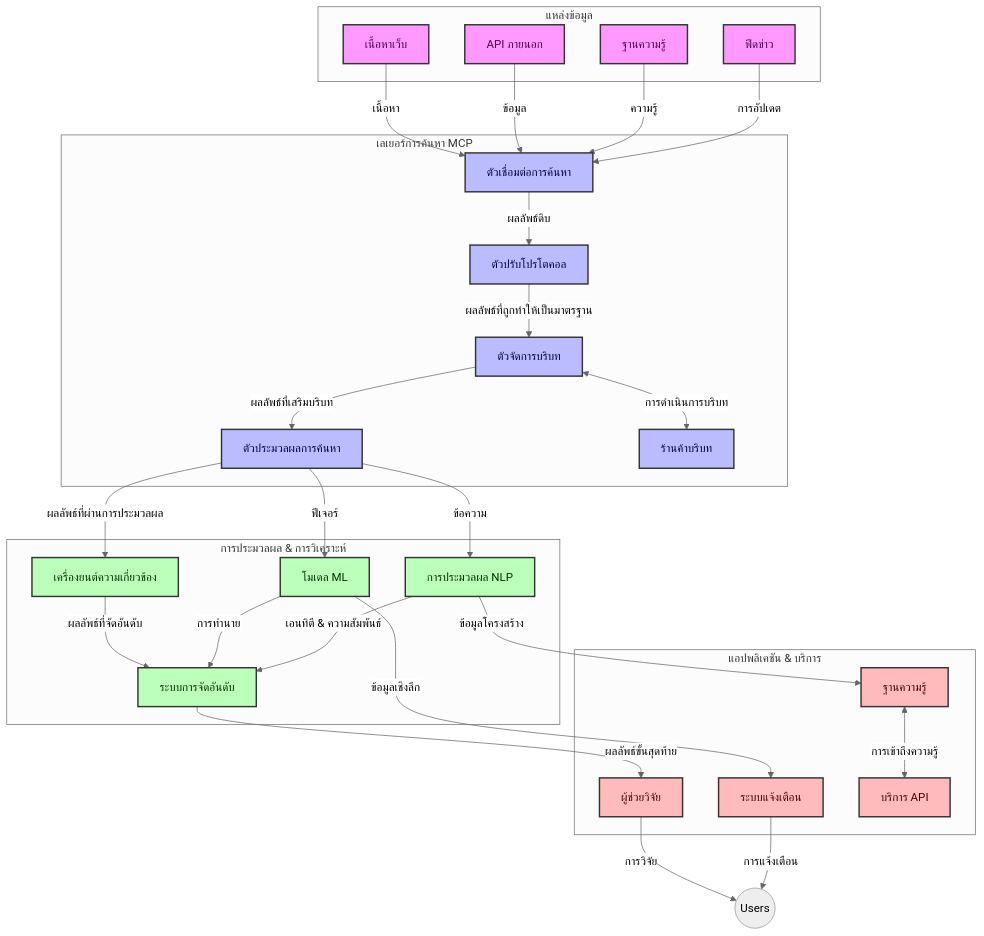
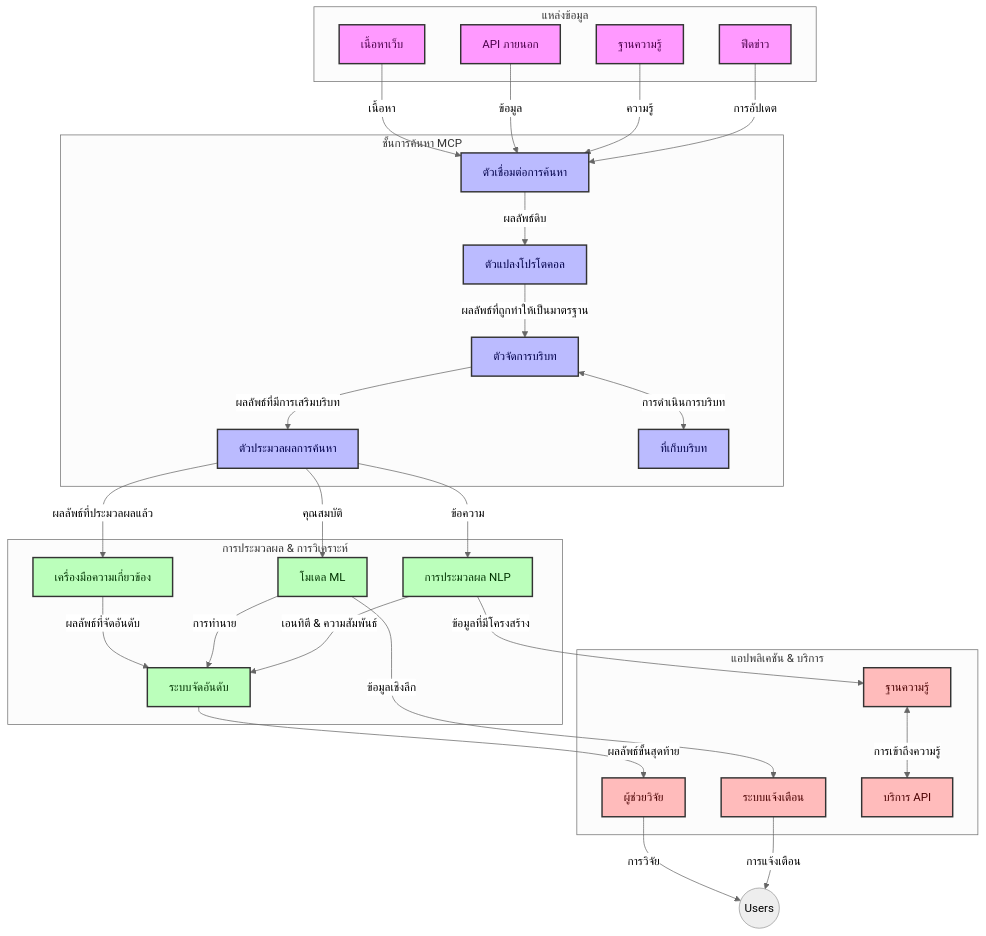
Before and after one commit to microsoft/mcp-for-beginners: the first of 4 diagrams in translations/th/05-AdvancedTopics/mcp-realtimesearch/README.md, drawn with Mermaid (neutral theme). The commit also changed other lines of this file and 148 other files, not shown here.

````diff
--- a/translations/th/05-AdvancedTopics/mcp-realtimesearch/README.md
+++ b/translations/th/05-AdvancedTopics/mcp-realtimesearch/README.md
@@ -109,66 +109,66 @@
 ```mermaid
 graph TD
     subgraph "แหล่งข้อมูล"
         Web[เนื้อหาเว็บ]
         APIs[API ภายนอก]
         DB[ฐานความรู้]
         News[ฟีดข่าว]
     end
 
-    subgraph "เลเยอร์การค้นหา MCP"
+    subgraph "ชั้นการค้นหา MCP"
         SC[ตัวเชื่อมต่อการค้นหา]
-        PA[ตัวปรับโปรโตคอล]
+        PA[ตัวแปลงโปรโตคอล]
         CH[ตัวจัดการบริบท]
         SP[ตัวประมวลผลการค้นหา]
-        CS[ร้านค้าบริบท]
+        CS[ที่เก็บบริบท]
     end
 
     subgraph "การประมวลผล & การวิเคราะห์"
-        RE[เครื่องยนต์ความเกี่ยวข้อง]
+        RE[เครื่องมือความเกี่ยวข้อง]
         ML[โมเดล ML]
         NLP[การประมวลผล NLP]
-        Rank[ระบบการจัดอันดับ]
+        Rank[ระบบจัดอันดับ]
     end
 
     subgraph "แอปพลิเคชัน & บริการ"
         RA[ผู้ช่วยวิจัย]
         Alerts[ระบบแจ้งเตือน]
         KB[ฐานความรู้]
         API[บริการ API]
     end
 
     Web -->|เนื้อหา| SC
     APIs -->|ข้อมูล| SC
     DB -->|ความรู้| SC
     News -->|การอัปเดต| SC
     
     SC -->|ผลลัพธ์ดิบ| PA
     PA -->|ผลลัพธ์ที่ถูกทำให้เป็นมาตรฐาน| CH
     CH <-->|การดำเนินการบริบท| CS
-    CH -->|ผลลัพธ์ที่เสริมบริบท| SP
-    SP -->|ผลลัพธ์ที่ผ่านการประมวลผล| RE
-    SP -->|ฟีเจอร์| ML
+    CH -->|ผลลัพธ์ที่มีการเสริมบริบท| SP
+    SP -->|ผลลัพธ์ที่ประมวลผลแล้ว| RE
+    SP -->|คุณสมบัติ| ML
     SP -->|ข้อความ| NLP
     
     RE -->|ผลลัพธ์ที่จัดอันดับ| Rank
     ML -->|การทำนาย| Rank
     NLP -->|เอนทิตี & ความสัมพันธ์| Rank
     
     Rank -->|ผลลัพธ์ขั้นสุดท้าย| RA
     ML -->|ข้อมูลเชิงลึก| Alerts
-    NLP -->|ข้อมูลโครงสร้าง| KB
+    NLP -->|ข้อมูลที่มีโครงสร้าง| KB
     
     RA -->|การวิจัย| Users((Users))
     Alerts -->|การแจ้งเตือน| Users
     KB <-->|การเข้าถึงความรู้| API
 
     classDef sources fill:#f9f,stroke:#333,stroke-width:2px,color:#4a004a
     classDef mcp fill:#bbf,stroke:#333,stroke-width:2px,color:#00004a
     classDef processing fill:#bfb,stroke:#333,stroke-width:2px,color:#003300
     classDef apps fill:#fbb,stroke:#333,stroke-width:2px,color:#4a0000
     
     class Web,APIs,DB,News sources
     class SC,PA,CH,SP,CS mcp
     class RE,ML,NLP,Rank processing
     class RA,Alerts,KB,API apps
 ```
````
